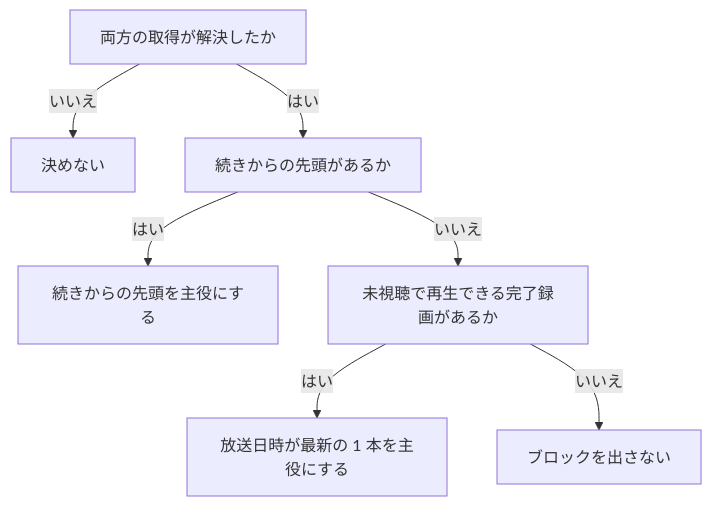
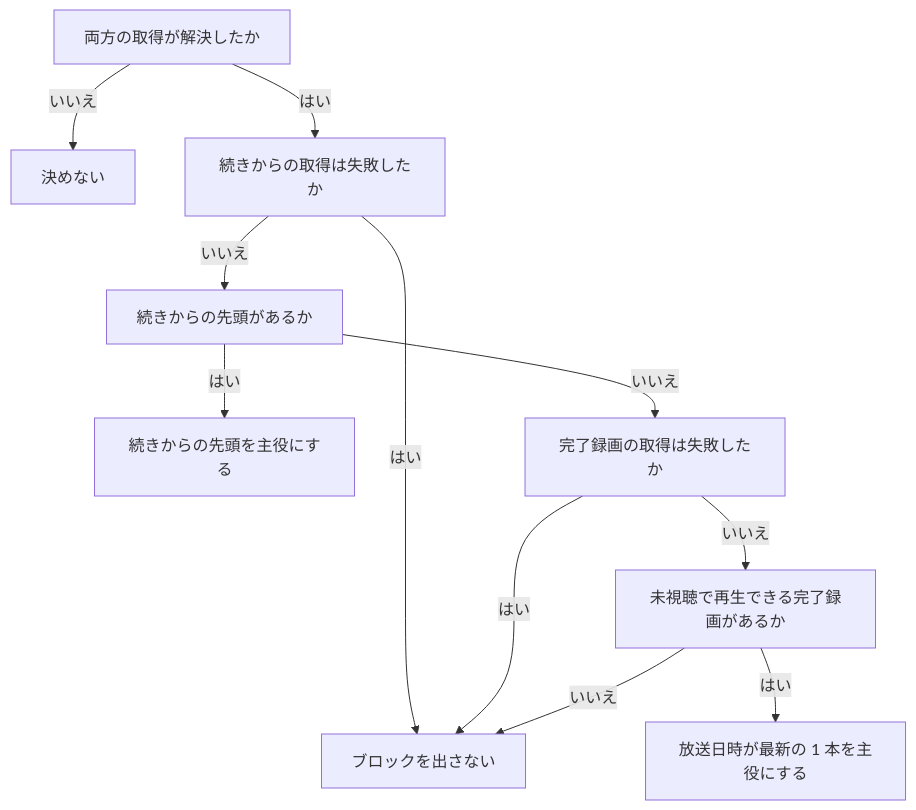
Before and after one commit to fetburner/rokuban: the second of 3 diagrams in docs/frontend/home.md, drawn with Mermaid. The commit also changed other lines of this file and 8 other files, not shown here.

````diff
--- a/docs/frontend/home.md
+++ b/docs/frontend/home.md
@@ -89,9 +89,13 @@
 ```mermaid
 flowchart TD
   S["両方の取得が解決したか"] -->|いいえ| U["決めない"]
-  S -->|はい| C["続きからの先頭があるか"]
+  S -->|はい| CE["続きからの取得は失敗したか"]
+  CE -->|はい| N["ブロックを出さない"]
+  CE -->|いいえ| C["続きからの先頭があるか"]
   C -->|はい| H1["続きからの先頭を主役にする"]
-  C -->|いいえ| F["未視聴で再生できる完了録画があるか"]
+  C -->|いいえ| FE["完了録画の取得は失敗したか"]
+  FE -->|はい| N
+  FE -->|いいえ| F["未視聴で再生できる完了録画があるか"]
   F -->|はい| H2["放送日時が最新の 1 本を主役にする"]
-  F -->|いいえ| N["ブロックを出さない"]
+  F -->|いいえ| N
 ```
````
